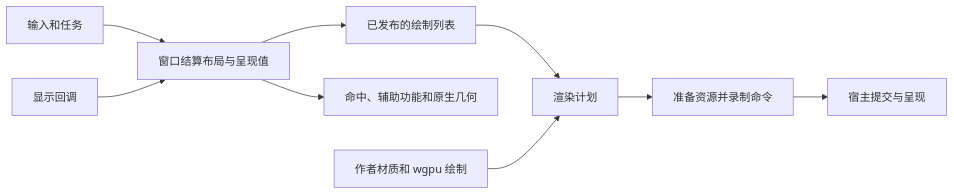
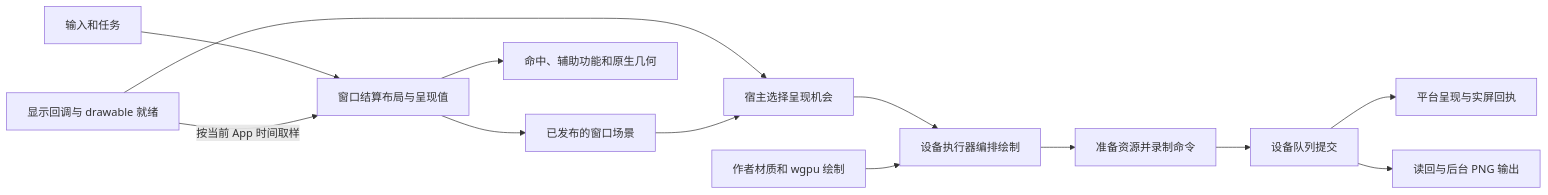
The diagram in docs/design/rendering.md (devxiyang/octara), drawn with Mermaid before and after one commit. The commit also changed other lines of this file and 89 other files, not shown here.

````diff
--- a/docs/design/rendering.md
+++ b/docs/design/rendering.md
@@ -21,11 +21,15 @@
 ```mermaid
 flowchart LR
     Event[输入和任务] --> Prepare[窗口结算布局与呈现值]
-    Display[显示回调] --> Prepare
-    Prepare --> Frame[已发布的绘制列表]
+    Display[显示回调与 drawable 就绪] --> Choose[宿主选择呈现机会]
+    Display -->|按当前 App 时间取样| Prepare
+    Prepare --> Frame[已发布的窗口场景]
     Prepare --> Geometry[命中、辅助功能和原生几何]
-    Frame --> Plan[渲染计划]
+    Frame --> Choose
+    Choose --> Plan[设备执行器编排绘制]
     Author[作者材质和 wgpu 绘制] --> Plan
     Plan --> Encode[准备资源并录制命令]
-    Encode --> Submit[宿主提交与呈现]
+    Encode --> Submit[设备队列提交]
+    Submit --> Present[平台呈现与实屏回执]
+    Submit --> Capture[读回与后台 PNG 输出]
 ```
````
